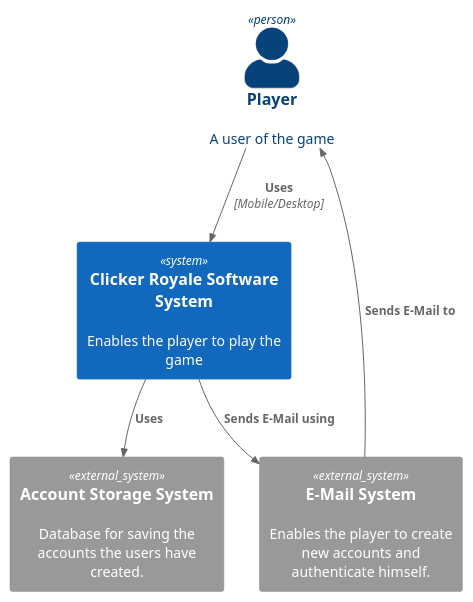
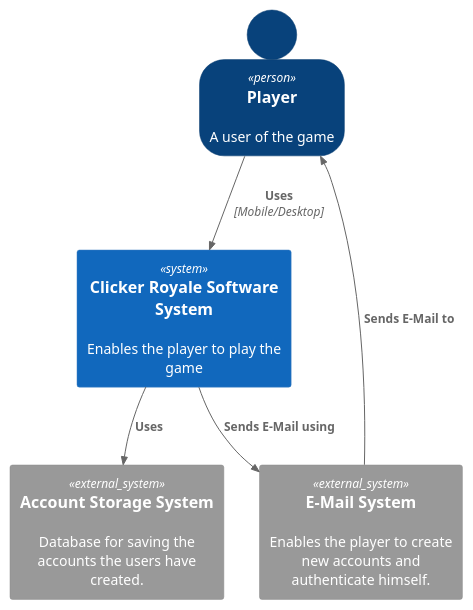
The diagram in docs/C1.puml (marvinsimon/PixelClicker), drawn with PlantUML before and after one commit. The commit also changed 1 other file, not shown here.

Commit message:
feat: as updating the Plantuml version killed the old how person method we use the new one

```diff
--- a/docs/C1.puml
+++ b/docs/C1.puml
@@ -1,15 +1,15 @@
 @startuml C1
 !include https://raw.githubusercontent.com/plantuml-stdlib/C4-PlantUML/master/C4_Container.puml
 
-SHOW_PERSON_PORTRAIT()
+SHOW_PERSON_OUTLINE()
 
 Person(Player, "Player", "A user of the game")
 System_Ext(EmailSystem, "E-Mail System", "Enables the player to create new accounts and authenticate himself.")
 System_Ext(AccountStorage, "Account Storage System", "Database for saving the accounts the users have created.")
 System(ClickerRoyale, "Clicker Royale Software System", "Enables the player to play the game")
 
 Rel(Player, ClickerRoyale, "Uses", "Mobile/Desktop")
 Rel(ClickerRoyale, EmailSystem, "Sends E-Mail using", "")
 Rel(ClickerRoyale, AccountStorage, "Uses", "")
 Rel(EmailSystem, Player, "Sends E-Mail to", "")
 @enduml
```
